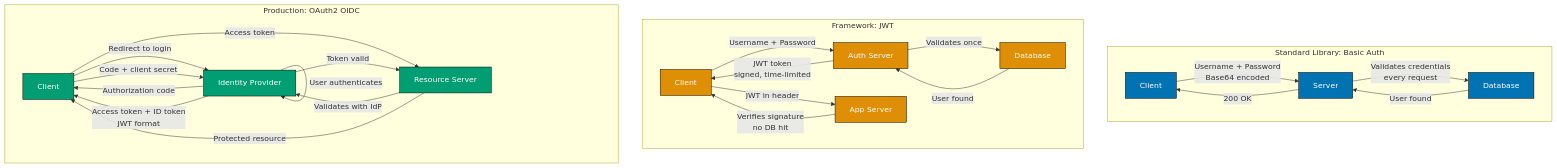
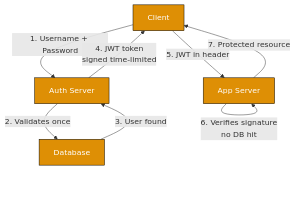
One commit to wahidyankf/open-sharia-enterprise changed the second of 13 diagrams in governance/conventions/tutorials/in-the-field.md. Above: the diagram before and after it, drawn with Mermaid. The commit also changed other lines of this file and 41 other files, not shown here.

````diff
--- a/governance/conventions/tutorials/in-the-field.md
+++ b/governance/conventions/tutorials/in-the-field.md
@@ -858,42 +1029,16 @@
 ```mermaid
 %% Color Palette: Blue #0173B2, Orange #DE8F05, Teal #029E73, Purple #CC78BC
 graph TD
-    subgraph "Standard Library: Basic Auth"
-        A1[Client] -->|Username + Password<br/>Base64 encoded| A2[Server]
-        A2 -->|Validates credentials<br/>every request| A3[Database]
-        A3 -->|User found| A2
-        A2 -->|200 OK| A1
-    end
+    B1[Client] -->|1. Username + Password| B2[Auth Server]
+    B2 -->|2. Validates once| B3[Database]
+    B3 -->|3. User found| B2
+    B2 -->|4. JWT token<br/>signed time-limited| B1
+    B1 -->|5. JWT in header| B4[App Server]
+    B4 -->|6. Verifies signature<br/>no DB hit| B4
+    B4 -->|7. Protected resource| B1
 
-    subgraph "Framework: JWT"
-        B1[Client] -->|Username + Password| B2[Auth Server]
-        B2 -->|Validates once| B3[Database]
-        B3 -->|User found| B2
-        B2 -->|JWT token<br/>signed, time-limited| B1
-        B1 -->|JWT in header| B4[App Server]
-        B4 -->|Verifies signature<br/>no DB hit| B1
-    end
-
-    subgraph "Production: OAuth2 OIDC"
-        C1[Client] -->|Redirect to login| C2[Identity Provider]
-        C2 -->|User authenticates| C2
-        C2 -->|Authorization code| C1
-        C1 -->|Code + client secret| C2
-        C2 -->|Access token + ID token<br/>JWT format| C1
-        C1 -->|Access token| C3[Resource Server]
-        C3 -->|Validates with IdP| C2
-        C2 -->|Token valid| C3
-        C3 -->|Protected resource| C1
-    end
-
-    style A1 fill:#0173B2,stroke:#000,color:#fff
-    style A2 fill:#0173B2,stroke:#000,color:#fff
-    style A3 fill:#0173B2,stroke:#000,color:#fff
     style B1 fill:#DE8F05,stroke:#000,color:#fff
     style B2 fill:#DE8F05,stroke:#000,color:#fff
     style B3 fill:#DE8F05,stroke:#000,color:#fff
     style B4 fill:#DE8F05,stroke:#000,color:#fff
-    style C1 fill:#029E73,stroke:#000,color:#fff
-    style C2 fill:#029E73,stroke:#000,color:#fff
-    style C3 fill:#029E73,stroke:#000,color:#fff
 ```
````
